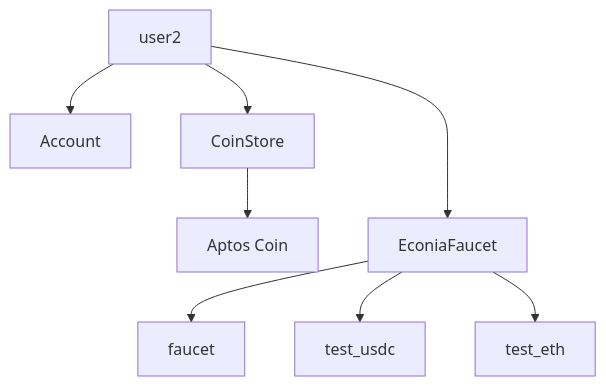
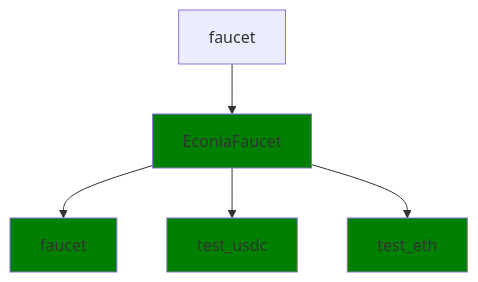
Before and after one commit to econia-labs/amsterdam-2023-demo: the fifth of 8 diagrams in README.md, drawn with Mermaid. The commit also changed other lines of this file, not shown here.

Commit message:
Refactor for 4 accounts, colored mermaid diffs

````diff
--- a/README.md
+++ b/README.md
@@ -183,13 +229,11 @@
    ```mermaid
 
    flowchart TD
 
-   user2 --> account[Account]
-   user2 --> apt_coinstore[CoinStore]
-   apt_coinstore --> apt[Aptos Coin]
-   user2 ---> EconiaFaucet
-   EconiaFaucet --> faucet
-   EconiaFaucet --> test_usdc
-   EconiaFaucet --> test_eth
+   faucet_addr[faucet] --> EconiaFaucet:::new
+   EconiaFaucet --> faucet:::new
+   EconiaFaucet --> test_usdc:::new
+   EconiaFaucet --> test_eth:::new
 
+   classDef new fill:green
    ```
````
